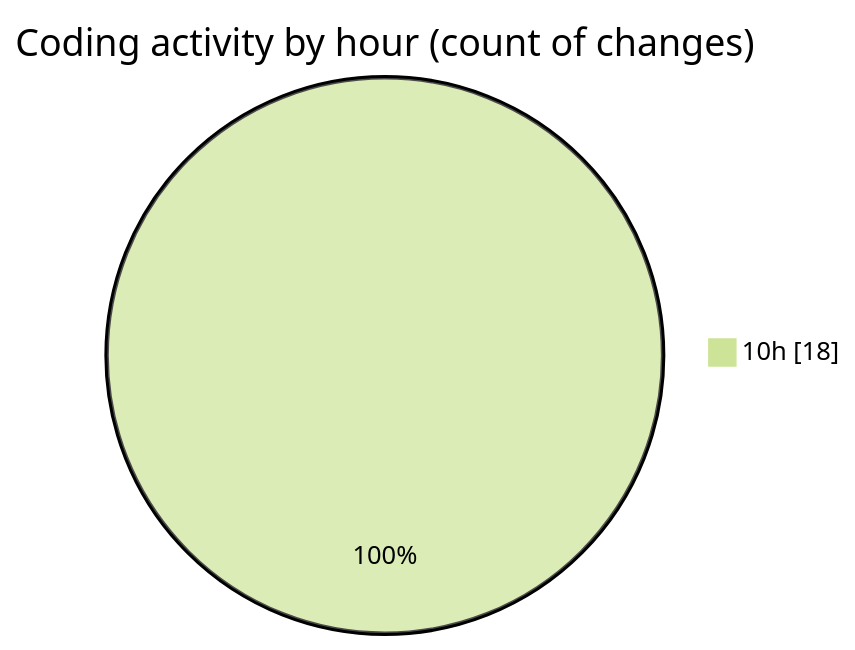
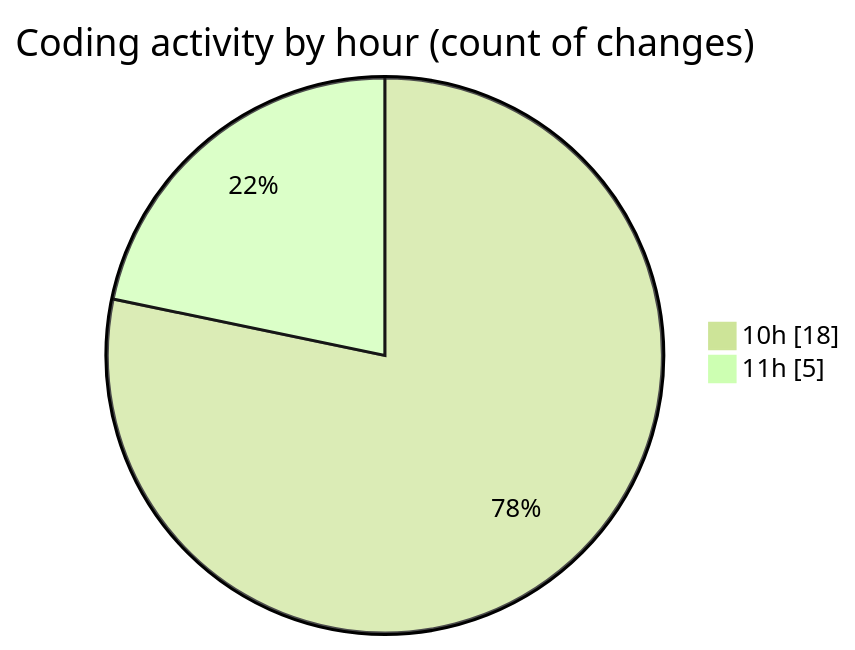
One commit to igalym/code-tracking changed the second of 2 diagrams in 2026-01-06/budget_front_nest/README.md. Above: the diagram before and after it, drawn with Mermaid (forest theme). The commit also changed other lines of this file and 1 other file, not shown here.

````diff
--- a/2026-01-06/budget_front_nest/README.md
+++ b/2026-01-06/budget_front_nest/README.md
@@ -34,5 +34,6 @@
 ```mermaid
 pie showData
 title Coding activity by hour (count of changes)
 "10h" : 18
+"11h" : 5
 ```
````
